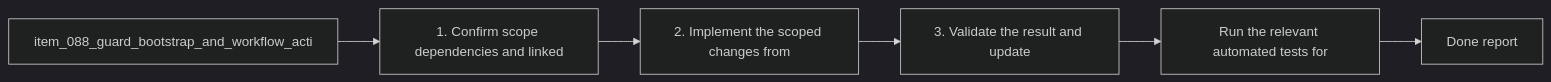
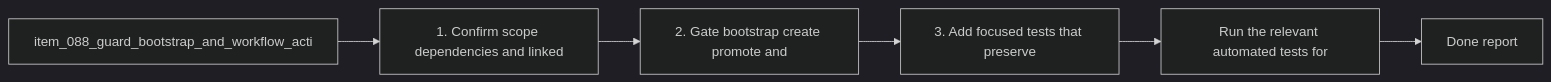
The diagram in logics/tasks/task_082_guard_bootstrap_and_workflow_actions_with_prerequisite_aware_recovery_messaging.md (AlexAgo83/logics-manager), drawn with Mermaid (dark theme) before and after one commit. The commit also changed other lines of this file and 481 other files, not shown here.

````diff
--- a/logics/tasks/task_082_guard_bootstrap_and_workflow_actions_with_prerequisite_aware_recovery_messaging.md
+++ b/logics/tasks/task_082_guard_bootstrap_and_workflow_actions_with_prerequisite_aware_recovery_messaging.md
@@ -19,10 +20,10 @@
 ```mermaid
 %% logics-kind: task
 %% logics-signature: task|guard-bootstrap-and-workflow-actions-wit|item-088-guard-bootstrap-and-workflow-ac|1-confirm-scope-dependencies-and-linked|run-the-relevant-automated-tests-for
 flowchart LR
     Backlog[item_088_guard_bootstrap_and_workflow_acti] --> Step1[1. Confirm scope dependencies and linked]
-    Step1 --> Step2[2. Implement the scoped changes from]
-    Step2 --> Step3[3. Validate the result and update]
+    Step1 --> Step2[2. Gate bootstrap create promote and]
+    Step2 --> Step3[3. Add focused tests that preserve]
     Step3 --> Validation[Run the relevant automated tests for]
     Validation --> Report[Done report]
 ```
````
